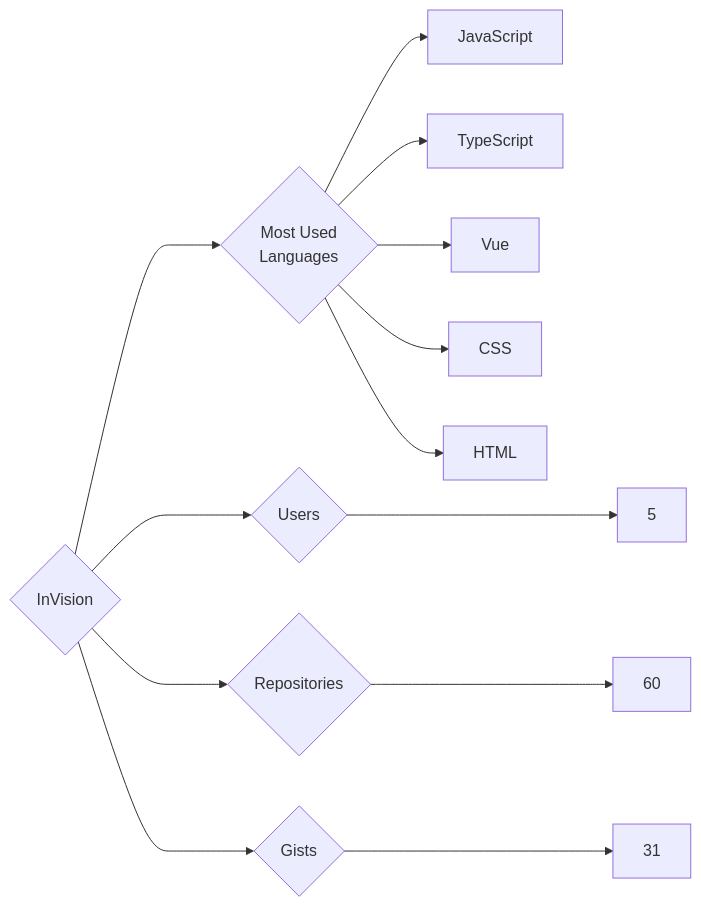
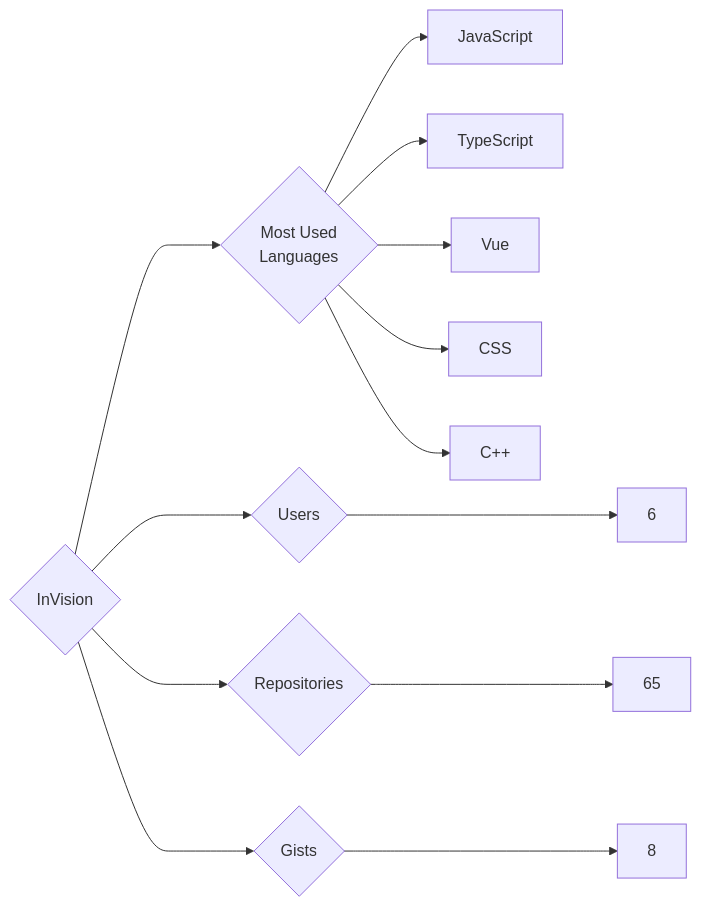
Before and after one commit to trickest/insiders: the diagram in targets/InVision/README.md, drawn with Mermaid. The commit also changed 693 other files, not shown here.

````diff
--- a/targets/InVision/README.md
+++ b/targets/InVision/README.md
@@ -3,13 +3,13 @@
 ```mermaid
 graph LR
 COMPANY_NAME{InVision}
-COMPANY_NAME ---> U{Users} ---> UN[5]
-COMPANY_NAME ---> R{Repositories} ---> RN[60]
-COMPANY_NAME ---> G{Gists} ---> GN[31]
+COMPANY_NAME ---> U{Users} ---> UN[6]
+COMPANY_NAME ---> R{Repositories} ---> RN[65]
+COMPANY_NAME ---> G{Gists} ---> GN[8]
 COMPANY_NAME ---> ML{Most Used<br>Languages}
 ML --> JavaScript[JavaScript]
 ML --> TypeScript[TypeScript]
 ML --> Vue[Vue]
 ML --> CSS[CSS]
-ML --> HTML[HTML]
+ML --> C++[C++]
 ```
````
